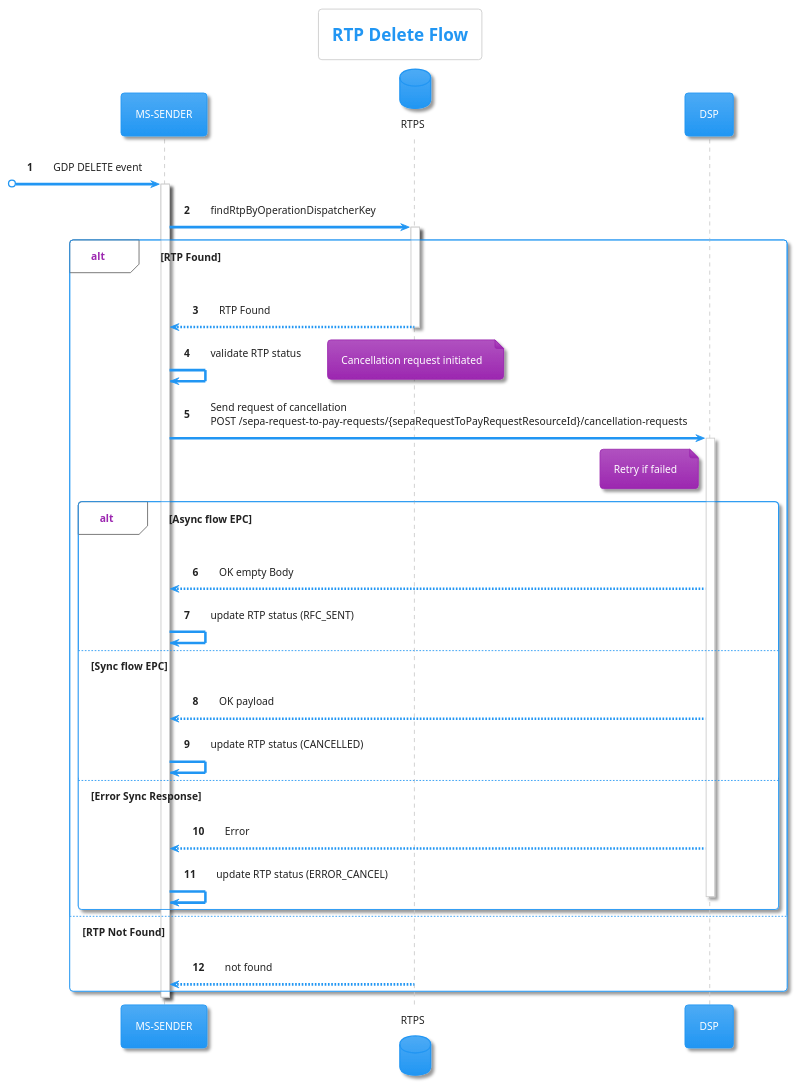
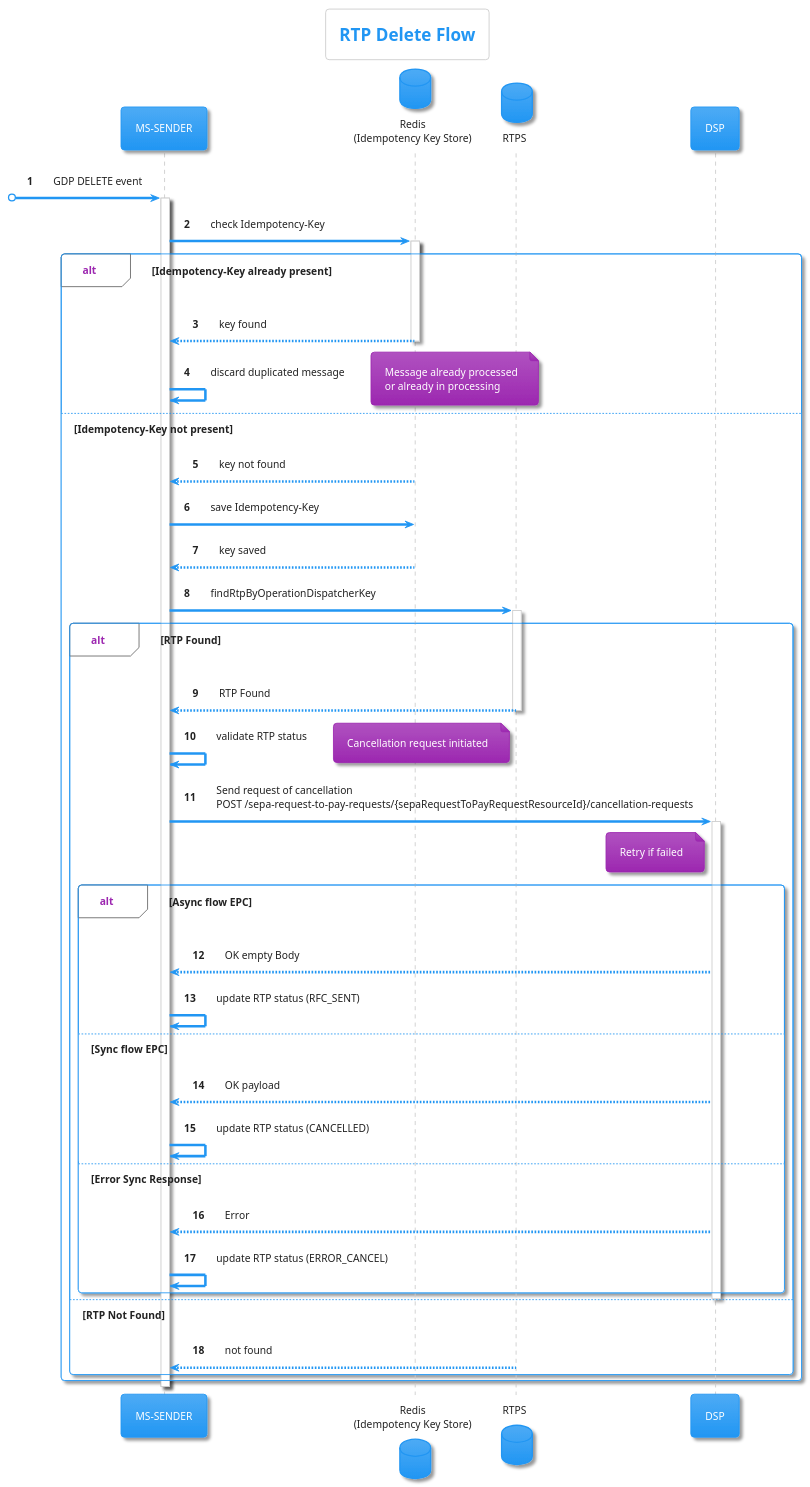
The diagram in diagrams/cancel.puml (pagopa/rtp-docs), drawn with PlantUML before and after one commit. The commit also changed 1 other file, not shown here.

Commit message:
feat: [SRTP-1566] add redis to cancel.puml

```diff
--- a/diagrams/cancel.puml
+++ b/diagrams/cancel.puml
@@ -1,56 +1,74 @@
 @startuml
 ' PlantUML Diagram for RTP Cancellation API
 ' Title: Unified RTP Cancellation Sequence Diagram
 ' Version: 1.0.0
 ' Description: This diagram shows the detailed process for cancelling an RTP,
 '              mixing the API specification with the actual Java service and controller logic.
 
 !theme materia
 
 title RTP Delete Flow
 
 participant "MS-SENDER" as SENDER
+database "Redis\n(Idempotency Key Store)" as REDIS
 database "RTPS" as SRTP
 participant "DSP" as DSP
 
 autonumber
 
 [o-> SENDER: GDP DELETE event
 
 activate SENDER
-SENDER -> SRTP: findRtpByOperationDispatcherKey
-  activate SRTP
 
-alt RTP Found
-    SRTP --> SENDER: RTP Found
-    deactivate SRTP
-    SENDER -> SENDER: validate RTP status
-    note right: Cancellation request initiated
-    SENDER -> DSP: Send request of cancellation\nPOST /sepa-request-to-pay-requests/{sepaRequestToPayRequestResourceId}/cancellation-requests
-    activate DSP
-    note left of DSP
-      Retry if failed
-    end note
+SENDER -> REDIS: check Idempotency-Key
+activate REDIS
 
-    alt Async flow EPC
-      DSP --> SENDER: OK empty Body
-      SENDER -> SENDER: update RTP status (RFC_SENT)
-    else Sync flow EPC
-      DSP --> SENDER: OK payload
-      SENDER -> SENDER: update RTP status (CANCELLED)
-    else Error Sync Response
-      DSP --> SENDER: Error
-      SENDER -> SENDER: update RTP status (ERROR_CANCEL)
-    deactivate DSP
-    end Error RFC
+alt Idempotency-Key already present
+    REDIS --> SENDER: key found
+    deactivate REDIS
+    SENDER -> SENDER: discard duplicated message
+    note right: Message already processed\nor already in processing
+else Idempotency-Key not present
+    REDIS --> SENDER: key not found
+    SENDER -> REDIS: save Idempotency-Key
+    REDIS --> SENDER: key saved
+    deactivate REDIS
 
+    SENDER -> SRTP: findRtpByOperationDispatcherKey
+    activate SRTP
 
+    alt RTP Found
+        SRTP --> SENDER: RTP Found
+        deactivate SRTP
 
-else RTP Not Found
-    SRTP --> SENDER: not found
+        SENDER -> SENDER: validate RTP status
+        note right: Cancellation request initiated
+
+        SENDER -> DSP: Send request of cancellation\nPOST /sepa-request-to-pay-requests/{sepaRequestToPayRequestResourceId}/cancellation-requests
+        activate DSP
+        note left of DSP
+          Retry if failed
+        end note
+
+        alt Async flow EPC
+            DSP --> SENDER: OK empty Body
+            SENDER -> SENDER: update RTP status (RFC_SENT)
+        else Sync flow EPC
+            DSP --> SENDER: OK payload
+            SENDER -> SENDER: update RTP status (CANCELLED)
+        else Error Sync Response
+            DSP --> SENDER: Error
+            SENDER -> SENDER: update RTP status (ERROR_CANCEL)
+        end
+
+        deactivate DSP
+
+    else RTP Not Found
+        SRTP --> SENDER: not found
+        deactivate SRTP
+    end
 end
-
 
 deactivate SENDER
 
 @enduml
```
